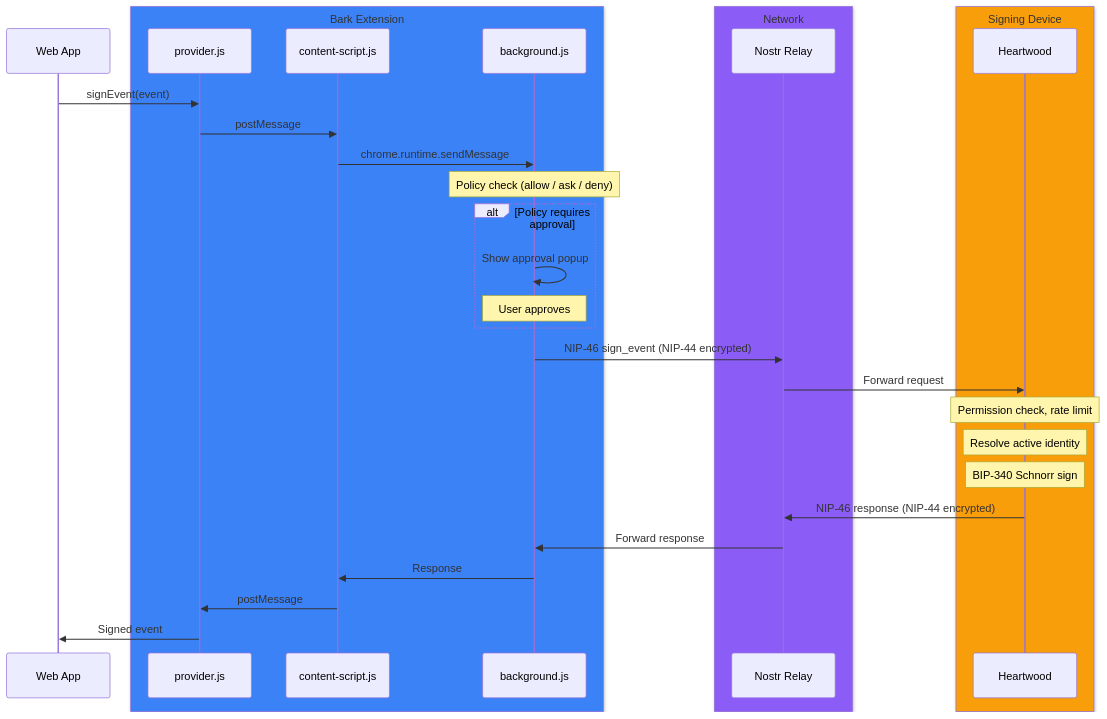
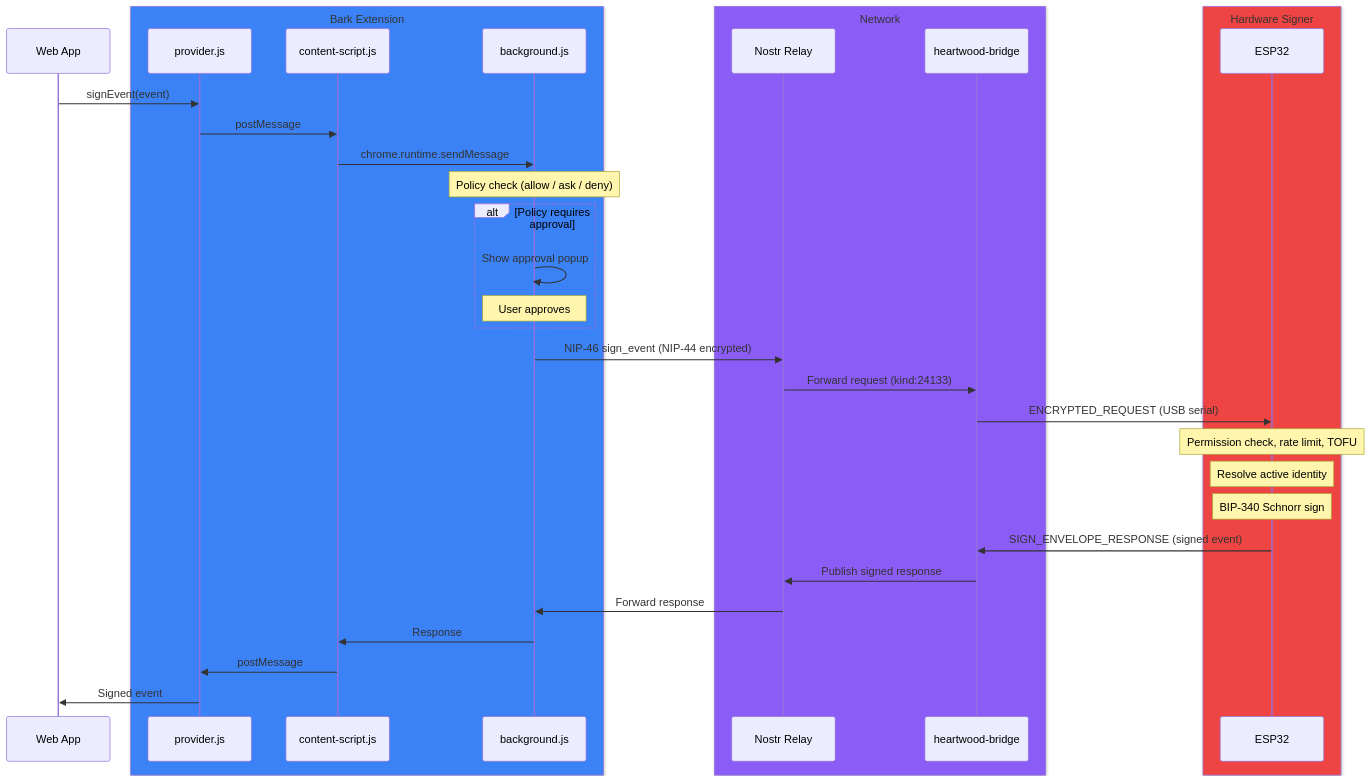
Before and after one commit to forgesworn/heartwood: the third of 5 diagrams in docs/ECOSYSTEM.md, drawn with Mermaid. The commit also changed other lines of this file and 5 other files, not shown here.

First line of the commit message:
docs: rewrite for the bridge-centric, keys-on-hardware model

````diff
--- a/docs/ECOSYSTEM.md
+++ b/docs/ECOSYSTEM.md
@@ -124,38 +112,41 @@
 ```mermaid
 sequenceDiagram
     participant WA as Web App
     box rgb(59, 130, 246) Bark Extension
         participant P as provider.js
         participant CS as content-script.js
         participant BG as background.js
     end
     box rgb(139, 92, 246) Network
         participant R as Nostr Relay
+        participant BR as heartwood-bridge
     end
-    box rgb(249, 158, 11) Signing Device
-        participant HW as Heartwood
+    box rgb(239, 68, 68) Hardware Signer
+        participant HW as ESP32
     end
 
     WA->>P: signEvent(event)
     P->>CS: postMessage
     CS->>BG: chrome.runtime.sendMessage
 
     Note over BG: Policy check (allow / ask / deny)
     alt Policy requires approval
         BG->>BG: Show approval popup
         Note over BG: User approves
     end
 
     BG->>R: NIP-46 sign_event (NIP-44 encrypted)
-    R->>HW: Forward request
+    R->>BR: Forward request (kind:24133)
+    BR->>HW: ENCRYPTED_REQUEST (USB serial)
 
-    Note over HW: Permission check, rate limit
+    Note over HW: Permission check, rate limit, TOFU
     Note over HW: Resolve active identity
     Note over HW: BIP-340 Schnorr sign
 
-    HW->>R: NIP-46 response (NIP-44 encrypted)
+    HW->>BR: SIGN_ENVELOPE_RESPONSE (signed event)
+    BR->>R: Publish signed response
     R->>BG: Forward response
     BG->>CS: Response
     CS->>P: postMessage
     P->>WA: Signed event
 ```
````
